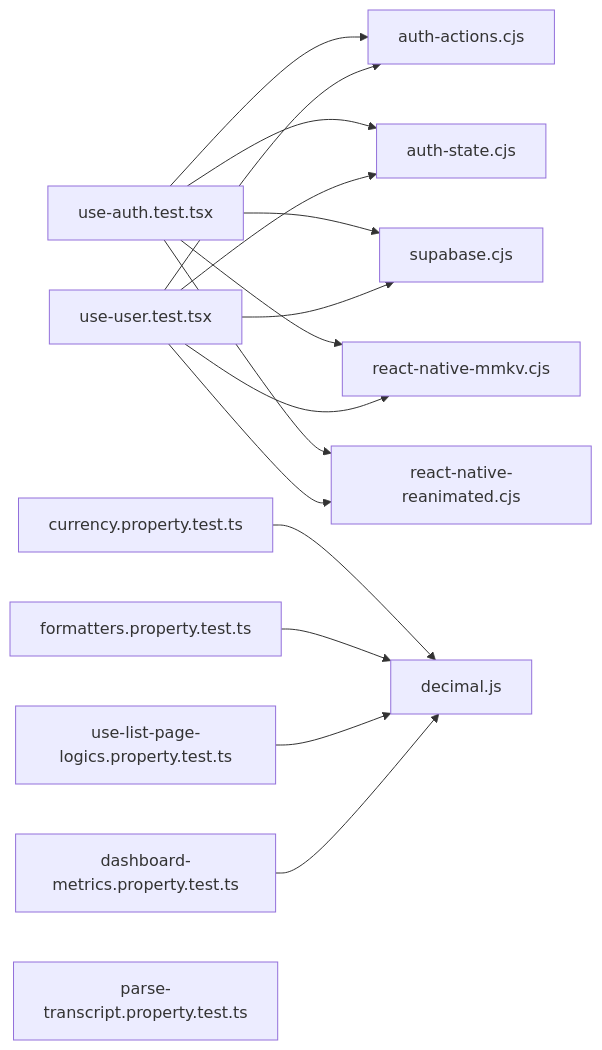
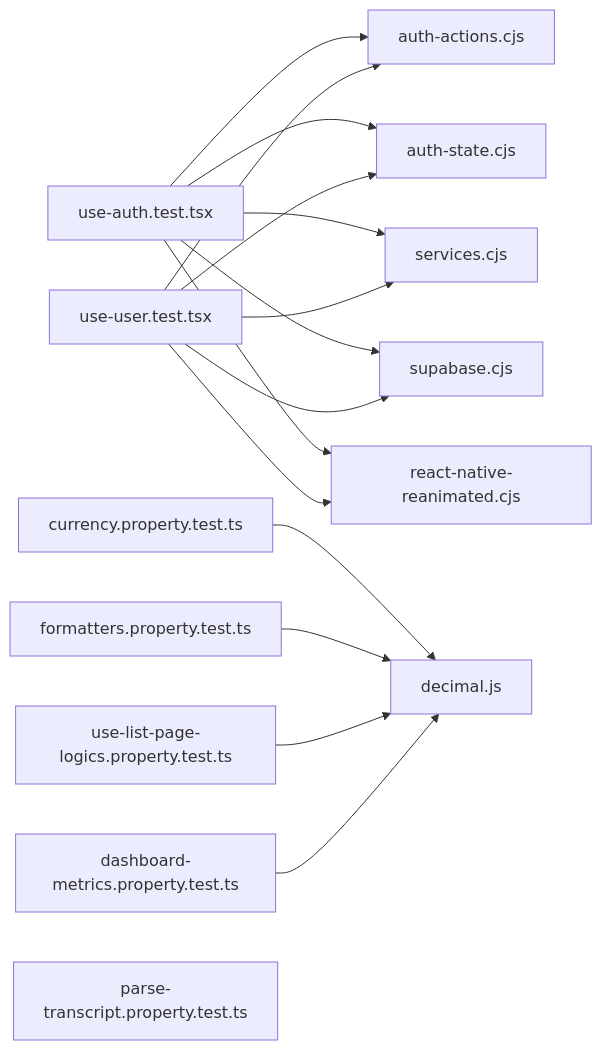
One commit to karllasouzza/PowerLists changed the eighth of 8 diagrams in .qoder/repowiki/en/content/Testing Strategy.md. Above: the diagram before and after it, drawn with Mermaid. The commit also changed other lines of this file and 5 other files, not shown here.

````diff
--- a/.qoder/repowiki/en/content/Testing Strategy.md
+++ b/.qoder/repowiki/en/content/Testing Strategy.md
@@ -452,18 +487,18 @@
 ```mermaid
 graph LR
 UA["use-auth.test.tsx"] --> MA["auth-actions.cjs"]
 UA --> MS["auth-state.cjs"]
+UA --> SV["services.cjs"]
 UA --> SU["supabase.cjs"]
-UA --> MR["react-native-mmkv.cjs"]
-UA --> ME["react-native-reanimated.cjs"]
+UA --> MR["react-native-reanimated.cjs"]
 UU["use-user.test.tsx"] --> MA
 UU --> MS
+UU --> SV
 UU --> SU
 UU --> MR
-UU --> ME
 CUR["currency.property.test.ts"] --> DEC["decimal.js"]
 FOR["formatters.property.test.ts"] --> DEC
 LTL["use-list-page-logics.property.test.ts"] --> DEC
 DAS["dashboard-metrics.property.test.ts"] --> DEC
 PAR["parse-transcript.property.test.ts"]
 ```
````
